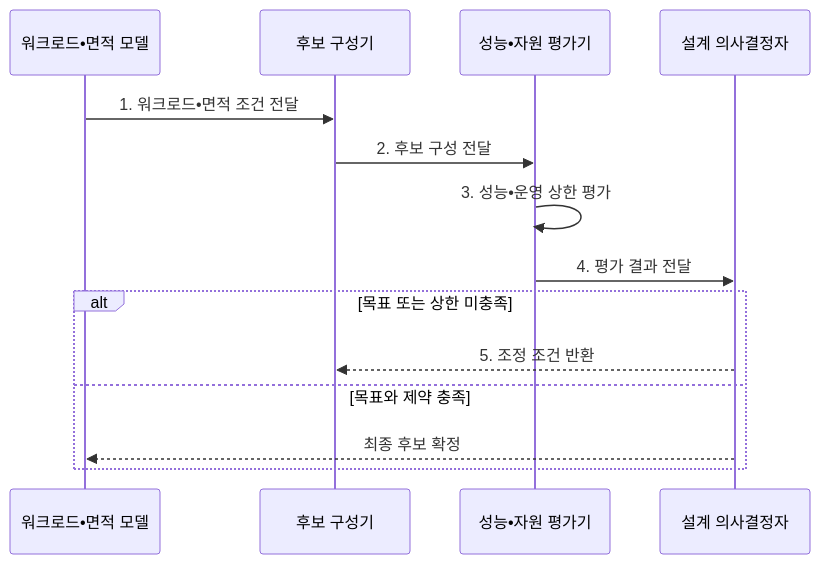
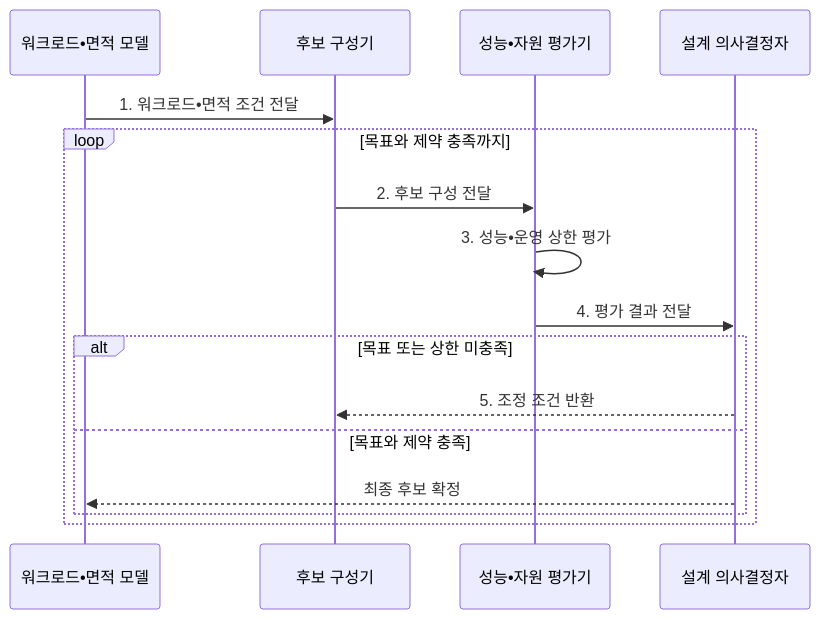
One commit to agnusdei1207/knowledge-base changed the second of 2 diagrams in src/content/docs/notes/02-hardware/011_pollacks_rule.md. Above: the diagram before and after it, drawn with Mermaid. The commit also changed other lines of this file and 10 other files, not shown here.

````diff
--- a/src/content/docs/notes/02-hardware/011_pollacks_rule.md
+++ b/src/content/docs/notes/02-hardware/011_pollacks_rule.md
@@ -112,17 +112,19 @@
 ```mermaid
 sequenceDiagram
     participant M as 워크로드•면적 모델
     participant C as 후보 구성기
     participant E as 성능•자원 평가기
     participant D as 설계 의사결정자
 
     M->>C: 1. 워크로드•면적 조건 전달
-    C->>E: 2. 후보 구성 전달
-    E->>E: 3. 성능•운영 상한 평가
-    E->>D: 4. 평가 결과 전달
-    alt 목표 또는 상한 미충족
-        D-->>C: 5. 조정 조건 반환
-    else 목표와 제약 충족
-        D-->>M: 최종 후보 확정
+    loop 목표와 제약 충족까지
+        C->>E: 2. 후보 구성 전달
+        E->>E: 3. 성능•운영 상한 평가
+        E->>D: 4. 평가 결과 전달
+        alt 목표 또는 상한 미충족
+            D-->>C: 5. 조정 조건 반환
+        else 목표와 제약 충족
+            D-->>M: 최종 후보 확정
+        end
     end
 ```
````
